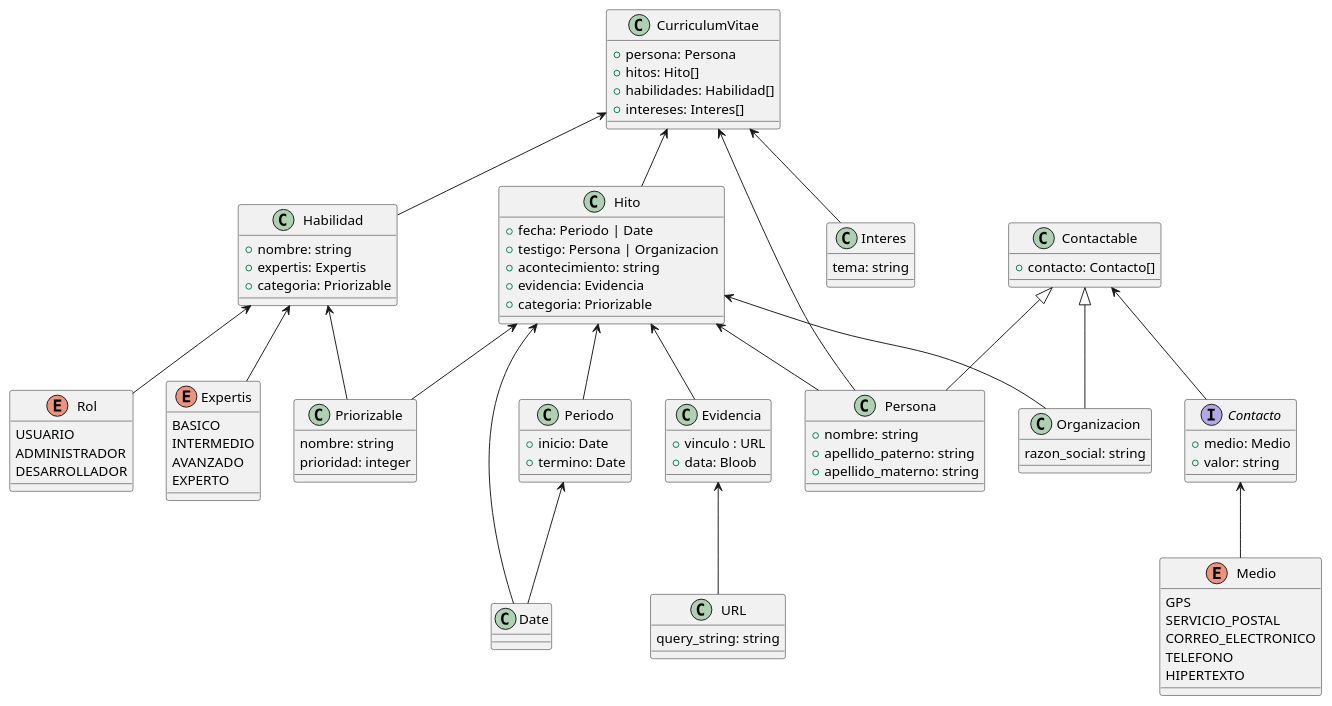
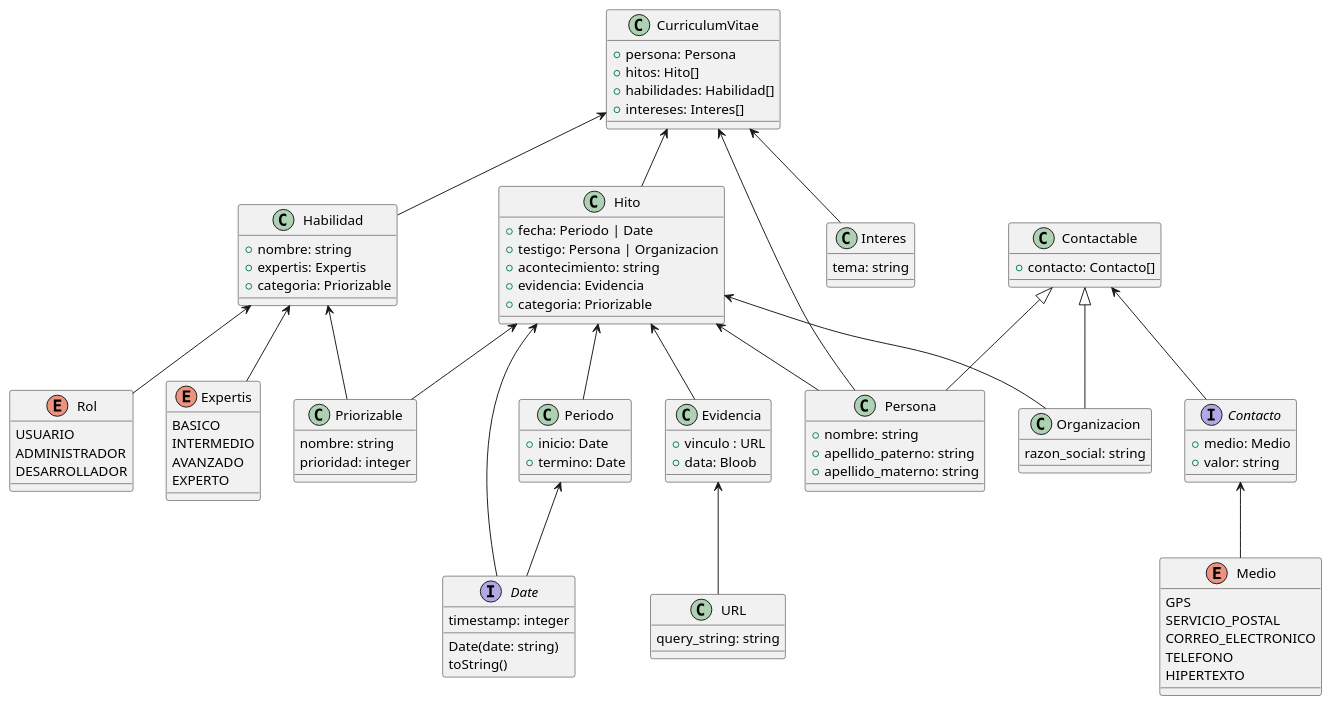
One commit to emirhg/curriculum-vitae changed the diagram in arc/curriculum-vitae-class-diagram.puml. Above: the diagram before and after it, drawn with PlantUML.

Commit message:
new: doc: nueva interface para fechas

```diff
--- a/arc/curriculum-vitae-class-diagram.puml
+++ b/arc/curriculum-vitae-class-diagram.puml
@@ -1,109 +1,115 @@
 @startuml
   class CurriculumVitae {
     + persona: Persona
     + hitos: Hito[]
     + habilidades: Habilidad[]
     + intereses: Interes[]
   }
 
   class Interes {
     tema: string
   }
 
   class Priorizable {
     nombre: string
     prioridad: integer
   }
 
   class Habilidad {
     + nombre: string
     + expertis: Expertis
     + categoria: Priorizable
   }
 
   class Periodo {
     + inicio: Date
     + termino: Date
   }
 
   class Hito {
     + fecha: Periodo | Date
     + testigo: Persona | Organizacion
     + acontecimiento: string
     + evidencia: Evidencia
     + categoria: Priorizable
   }
 
   class URL {
     query_string: string
   }
 
   class Evidencia {
     + vinculo : URL
     + data: Bloob
   }
 
   class Organizacion extends Contactable {
     razon_social: string
   }
 
   enum Expertis {
       BASICO
       INTERMEDIO
       AVANZADO
       EXPERTO
   }
 
   enum Rol {
       USUARIO
       ADMINISTRADOR
       DESARROLLADOR
   }
 
   class Persona extends Contactable {
     + nombre: string
     + apellido_paterno: string
     + apellido_materno: string
   }
 
   class Contactable {
     + contacto: Contacto[]
   }
 
   interface Contacto {
       + medio: Medio
       + valor: string
   }
 
+  interface Date {
+    timestamp: integer
+    Date(date: string)
+    toString()
+  }
+
   enum Medio {
     GPS
     SERVICIO_POSTAL
     CORREO_ELECTRONICO
     TELEFONO
     HIPERTEXTO
   }
 
   Contacto <-- Medio
 
   CurriculumVitae <-- Persona
   CurriculumVitae <-- Habilidad
   CurriculumVitae <-- Hito
   CurriculumVitae <-- Interes
 
   Evidencia <-- URL
 
   Habilidad <-- Expertis
   Habilidad <-- Priorizable
   Habilidad <-- Rol
 
   Hito <-- Priorizable
   Hito <-- Evidencia
   Hito <-- Persona
   Hito <-- Organizacion
   Hito <-- Date
   Hito <-- Periodo
 
   Contactable <-- Contacto
 
   Periodo <-- Date
 @enduml
```
